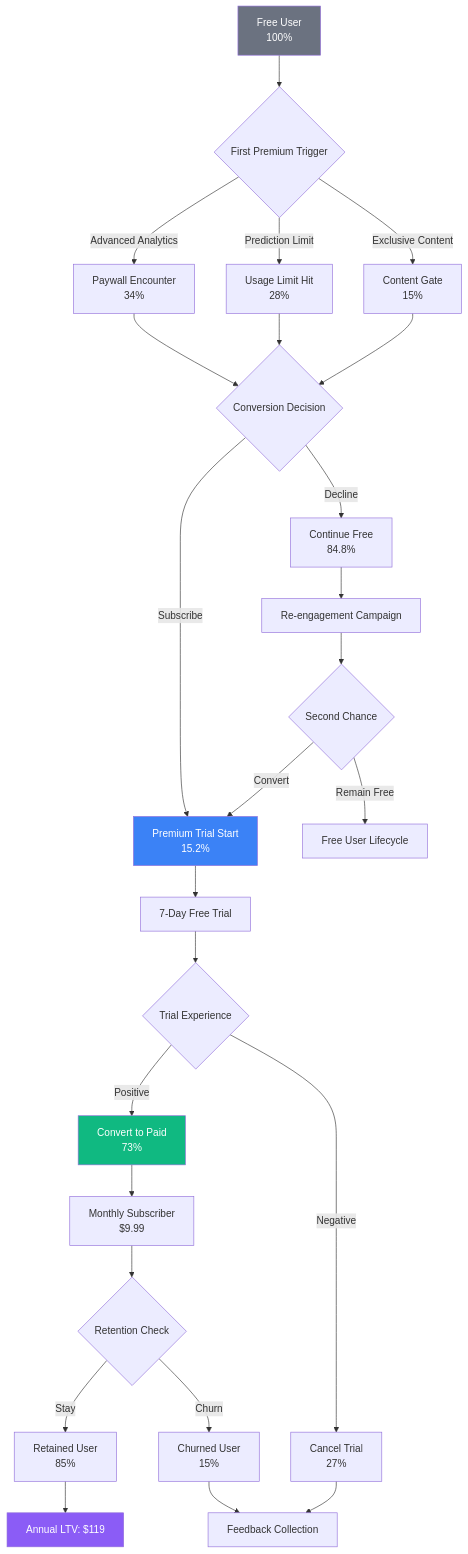
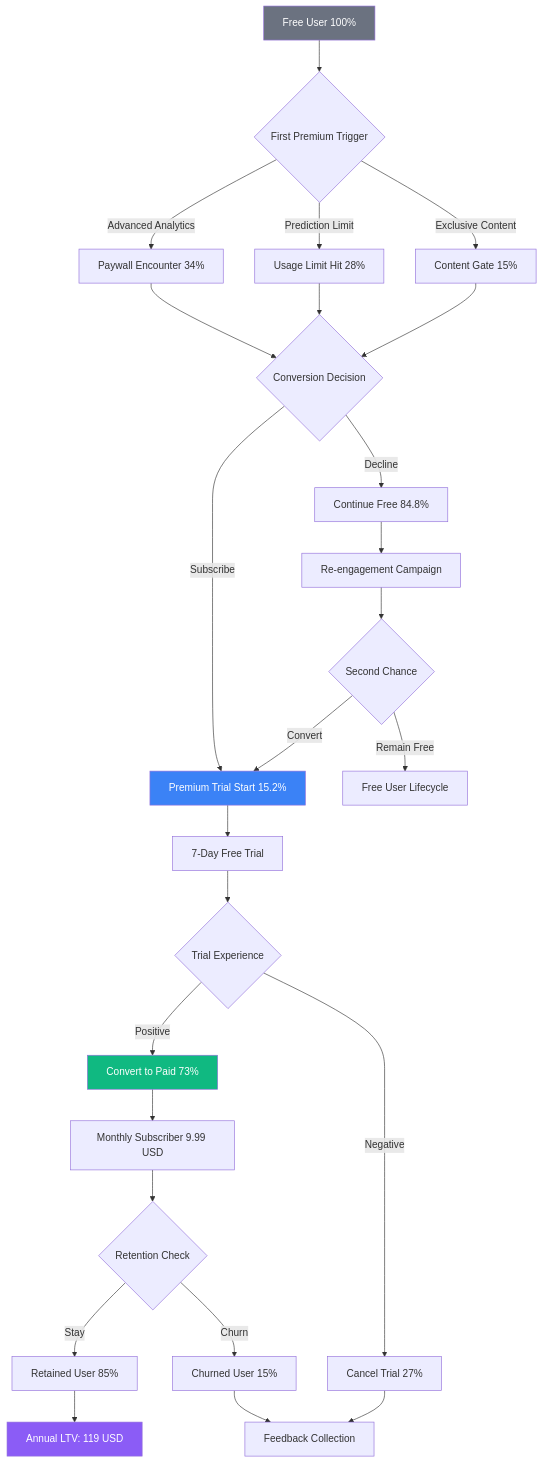
Before and after one commit to SkaFld-Ignite/ref-u-wireframes: the third of 7 diagrams in docs/mobile-ux-flows.md, drawn with Mermaid. The commit also changed other lines of this file and 3 other files, not shown here.

Commit message:
Fix: Remove HTML br tags and dollar signs from all Mermaid diagrams - resolves parse errors

````diff
--- a/docs/mobile-ux-flows.md
+++ b/docs/mobile-ux-flows.md
@@ -75,41 +76,41 @@
 ```mermaid
 graph TD
-    A[Free User<br/>100%] --> B{First Premium Trigger}
+    A[Free User 100%] --> B{First Premium Trigger}
     
-    B -->|Advanced Analytics| C[Paywall Encounter<br/>34%]
-    B -->|Prediction Limit| D[Usage Limit Hit<br/>28%]
-    B -->|Exclusive Content| E[Content Gate<br/>15%]
+    B -->|Advanced Analytics| C[Paywall Encounter 34%]
+    B -->|Prediction Limit| D[Usage Limit Hit 28%]
+    B -->|Exclusive Content| E[Content Gate 15%]
     
     C --> F{Conversion Decision}
     D --> F
     E --> F
     
-    F -->|Subscribe| G[Premium Trial Start<br/>15.2%]
-    F -->|Decline| H[Continue Free<br/>84.8%]
+    F -->|Subscribe| G[Premium Trial Start 15.2%]
+    F -->|Decline| H[Continue Free 84.8%]
     
     G --> I[7-Day Free Trial]
     I --> J{Trial Experience}
     
-    J -->|Positive| K[Convert to Paid<br/>73%]
-    J -->|Negative| L[Cancel Trial<br/>27%]
+    J -->|Positive| K[Convert to Paid 73%]
+    J -->|Negative| L[Cancel Trial 27%]
     
-    K --> M[Monthly Subscriber<br/>$9.99]
+    K --> M[Monthly Subscriber 9.99 USD]
     M --> N{Retention Check}
     
-    N -->|Stay| O[Retained User<br/>85%]
-    N -->|Churn| P[Churned User<br/>15%]
+    N -->|Stay| O[Retained User 85%]
+    N -->|Churn| P[Churned User 15%]
     
     H --> Q[Re-engagement Campaign]
     Q --> R{Second Chance}
     R -->|Convert| G
     R -->|Remain Free| S[Free User Lifecycle]
     
-    O --> T[Annual LTV: $119]
+    O --> T[Annual LTV: 119 USD]
     L --> U[Feedback Collection]
     P --> U
     
     style A fill:#6b7280,color:white
     style G fill:#3b82f6,color:white
     style K fill:#10b981,color:white
     style T fill:#8b5cf6,color:white
 ```
````
